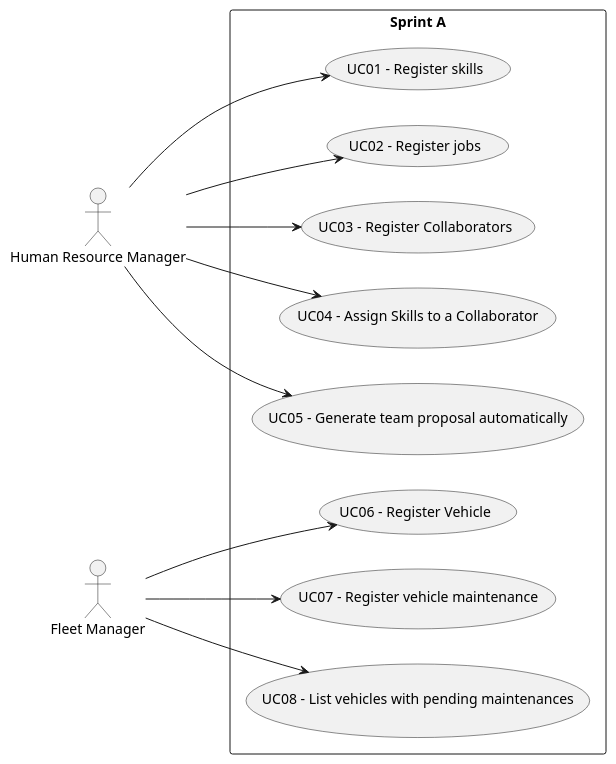
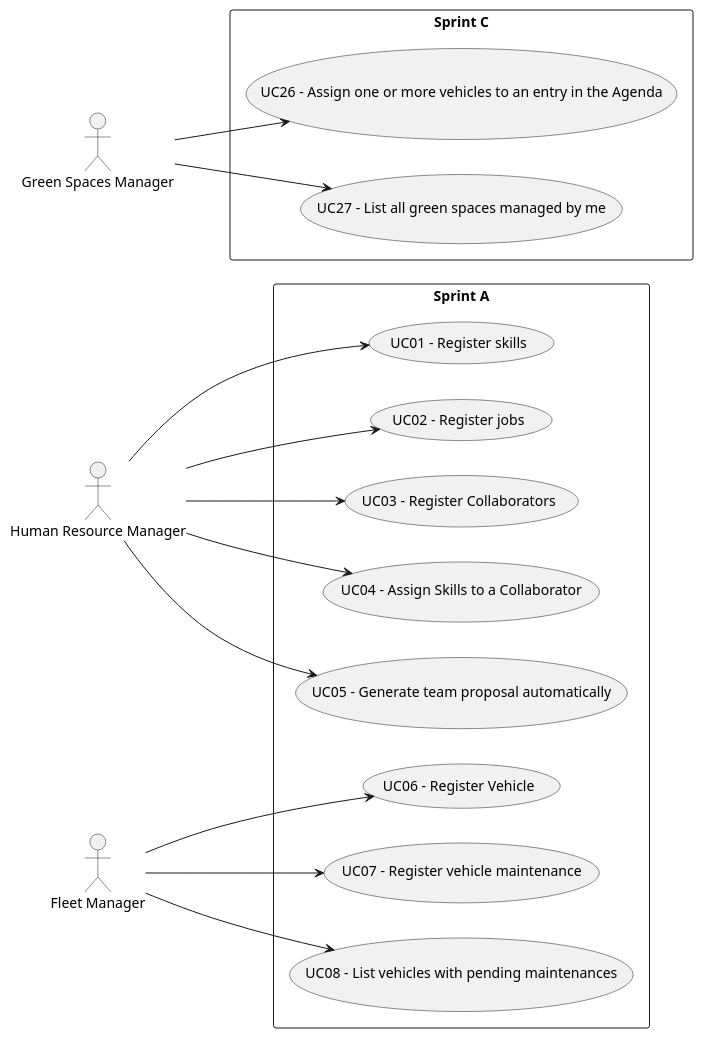
Before and after one commit to Mendoncaa/LAPR2: the diagram in docs/sprintC/global-artifacts/01.requirements-engineering/puml/use-case-diagram.puml, drawn with PlantUML. The commit also changed 33 other files, not shown here.

```diff
--- a/docs/sprintC/global-artifacts/01.requirements-engineering/puml/use-case-diagram.puml
+++ b/docs/sprintC/global-artifacts/01.requirements-engineering/puml/use-case-diagram.puml
@@ -1,26 +1,38 @@
 @startuml
 
 left to right direction
 actor "Human Resource Manager" as HR
 actor "Fleet Manager" as FM
+actor "Green Spaces Manager" as GSM
+
 rectangle "Sprint A" {
   usecase "UC01 - Register skills" as UC01
   usecase "UC02 - Register jobs" as UC02
   usecase "UC03 - Register Collaborators" as UC03
   usecase "UC04 - Assign Skills to a Collaborator" as UC04
   usecase "UC05 - Generate team proposal automatically" as UC05
   usecase "UC06 - Register Vehicle" as UC06
   usecase "UC07 - Register vehicle maintenance" as UC07
   usecase "UC08 - List vehicles with pending maintenances" as UC08
 }
 
+rectangle "Sprint C"{
+  usecase "UC26 - Assign one or more vehicles to an entry in the Agenda" as UC26
+  usecase "UC27 - List all green spaces managed by me" as UC27
+}
+
+
+
 HR --> UC01
 HR --> UC02
 HR --> UC03
 HR --> UC04
 HR --> UC05
 FM --> UC06
 FM --> UC07
 FM --> UC08
 
+GSM --> UC26
+GSM --> UC27
+
 @enduml
```
